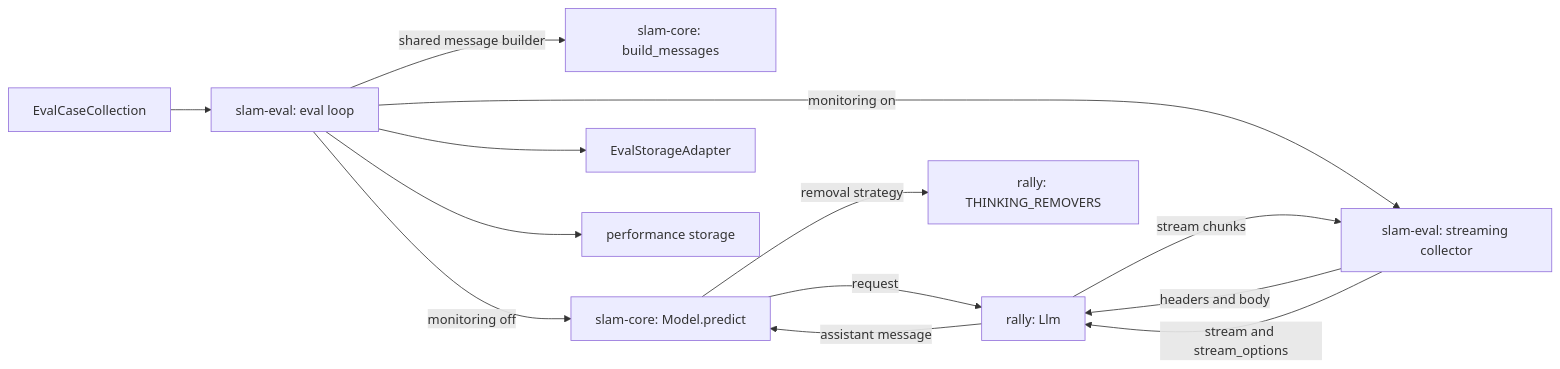
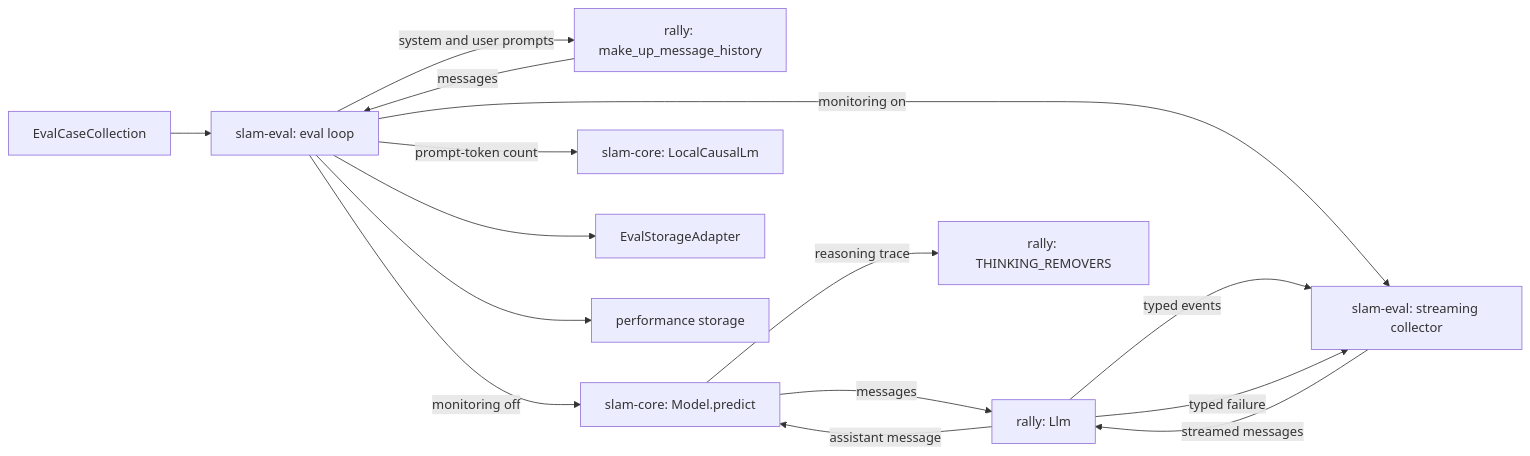
One commit to anton-pershin/slam-core changed the diagram in .internal/specs/06-collector-llm-request-kiss-spec.md. Above: the diagram before and after it, drawn with Mermaid. The commit also changed other lines of this file, not shown here.

````diff
--- a/.internal/specs/06-collector-llm-request-kiss-spec.md
+++ b/.internal/specs/06-collector-llm-request-kiss-spec.md
@@ -152,15 +153,17 @@
 ```mermaid
 flowchart LR
     A[EvalCaseCollection] --> B[slam-eval: eval loop]
-    B -->|shared message builder| M[slam-core: build_messages]
+    B -->|system and user prompts| M[rally: make_up_message_history]
+    M -->|messages| B
     B -->|monitoring off| C[slam-core: Model.predict]
     B -->|monitoring on| F[slam-eval: streaming collector]
-    C -->|request| D[rally: Llm]
-    C -->|removal strategy| R[rally: THINKING_REMOVERS]
-    F -->|headers and body| D
-    F -->|stream and stream_options| D
+    B -->|prompt-token count| G[slam-core: LocalCausalLm]
+    C -->|messages| D[rally: Llm]
+    C -->|reasoning trace| R[rally: THINKING_REMOVERS]
+    F -->|streamed messages| D
     D -->|assistant message| C
-    D -->|stream chunks| F
+    D -->|typed events| F
+    D -->|typed failure| F
     B --> E[EvalStorageAdapter]
     B --> P[performance storage]
 ```
````
